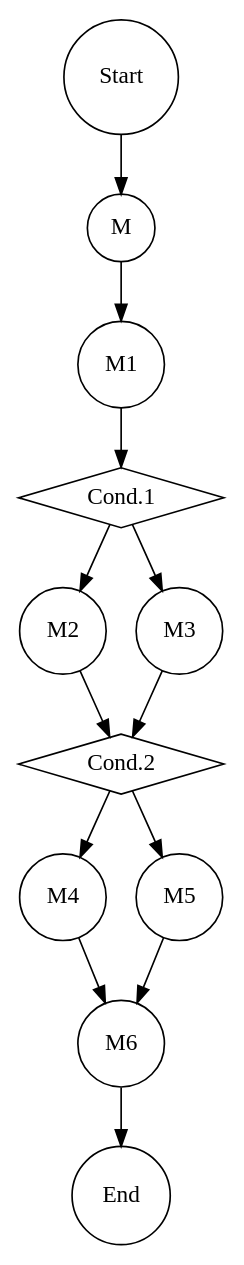
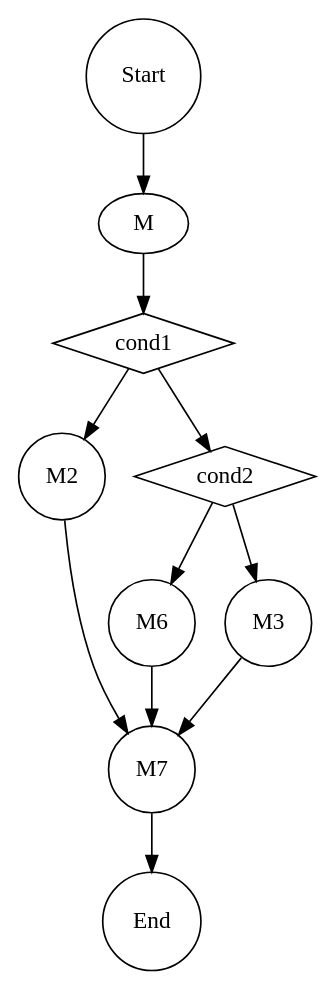
One commit to yonghun8343/FuncWatch changed the diagram in output.dot. Above: the diagram before and after it, drawn with Graphviz. The commit also changed 27 other files, not shown here.

```diff
--- a/output.dot
+++ b/output.dot
@@ -1,25 +1,21 @@
 strict digraph {
-  "global:M" [label=M,shape=circle,type=FunctionDeclaration,scope=global]
-  "M:Cond.1" [label="Cond.1",shape=diamond,type=Condition,scope=M]
-  "M:Cond.2" [label="Cond.2",shape=diamond,type=Condition,scope=M]
-  "global:M1" [label=M1,shape=circle,type=FunctionDeclaration,scope=global]
-  "global:M2" [label=M2,shape=circle,type=FunctionDeclaration,scope=global]
-  "global:M3" [label=M3,shape=circle,type=FunctionDeclaration,scope=global]
-  "global:M4" [label=M4,shape=circle,type=FunctionDeclaration,scope=global]
-  "global:M5" [label=M5,shape=circle,type=FunctionDeclaration,scope=global]
-  "global:M6" [label=M6,shape=circle,type=FunctionDeclaration,scope=global]
-  "global:Start" [label=Start,shape=circle,type=EntryPoint,scope=global]
-  "global:End" [label=End,shape=circle,type=ExitPoint,scope=global]
-  "global:M" -> "global:M1" [type=control]
-  "global:M1" -> "M:Cond.1" [type=control]
-  "M:Cond.1" -> "global:M2" [type=control]
-  "M:Cond.1" -> "global:M3" [type=control]
-  "global:M3" -> "M:Cond.2" [type=control]
-  "global:M2" -> "M:Cond.2" [type=control]
-  "M:Cond.2" -> "global:M4" [type=control]
-  "M:Cond.2" -> "global:M5" [type=control]
-  "global:M5" -> "global:M6" [type=control]
-  "global:M4" -> "global:M6" [type=control]
-  "global:Start" -> "global:M" [type=call]
-  "global:M6" -> "global:End" [type=control]
+  Start [label=Start,shape=circle,type=EntryPoint]
+  cond1 [label=cond1,shape=diamond,type=Condition]
+  M2 [label=M2,shape=circle,type=FunctionCall]
+  cond2 [label=cond2,shape=diamond,type=Condition]
+  M6 [label=M6,shape=circle,type=FunctionCall]
+  M3 [label=M3,shape=circle,type=FunctionCall]
+  M7 [label=M7,shape=circle,type=FunctionCall]
+  End [label=End,shape=circle,type=ExitPoint]
+  M
+  Start -> M [type=control]
+  M -> cond1 [type=control]
+  cond1 -> cond2 [type=control]
+  cond2 -> M6 [type=control]
+  cond2 -> M3 [type=control]
+  cond1 -> M2 [type=control]
+  M2 -> M7 [type=control]
+  M6 -> M7 [type=control]
+  M3 -> M7 [type=control]
+  M7 -> End [type=control]
 }
```
